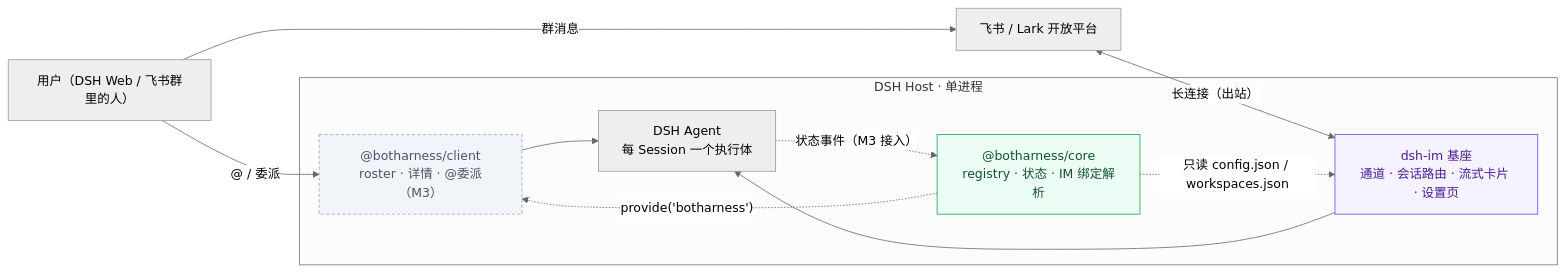
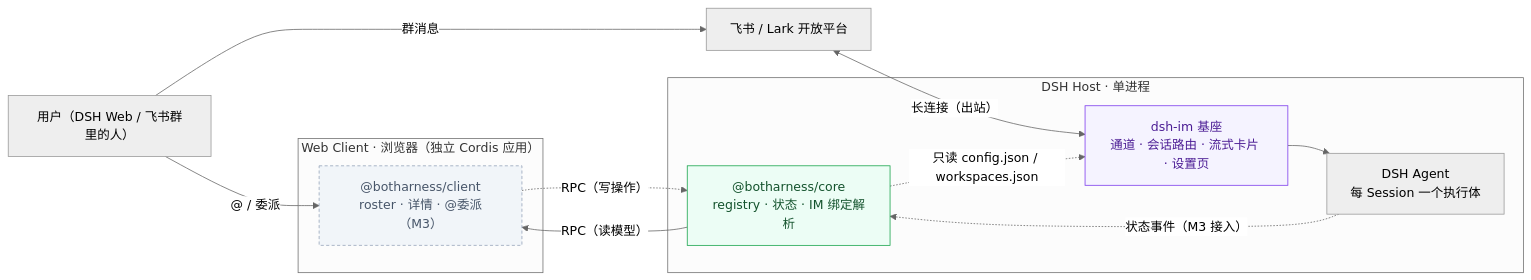
One commit to BotHarness/BotHarness changed the first of 6 diagrams in docs/architecture/botharness-architecture.md. Above: the diagram before and after it, drawn with Mermaid (neutral theme). The commit also changed other lines of this file and 39 other files, not shown here.

First line of the commit message:
feat(core)!: DSH conformance — apply(ctx, config), manifest fields; client bridge spec

````diff
--- a/docs/architecture/botharness-architecture.md
+++ b/docs/architecture/botharness-architecture.md
@@ -9,28 +9,31 @@
 ```mermaid
 flowchart LR
   User["用户（DSH Web / 飞书群里的人）"]
   Feishu["飞书 / Lark 开放平台"]
 
   subgraph Host["DSH Host · 单进程"]
     IM["dsh-im 基座<br/>通道 · 会话路由 · 流式卡片 · 设置页"]
     Core["@botharness/core<br/>registry · 状态 · IM 绑定解析"]
+    Agent["DSH Agent<br/>每 Session 一个执行体"]
+  end
+
+  subgraph Browser["Web Client · 浏览器（独立 Cordis 应用）"]
     Client["@botharness/client<br/>roster · 详情 · @委派（M3）"]
-    Agent["DSH Agent<br/>每 Session 一个执行体"]
   end
 
   User -->|"@ / 委派"| Client
   User -->|"群消息"| Feishu
   Feishu <-->|"长连接（出站）"| IM
   IM --> Agent
-  Client --> Agent
-  Core -.->|"provide('botharness')"| Client
+  Core -->|"RPC（读模型）"| Client
+  Client -.->|"RPC（写操作）"| Core
   Core -.->|"只读 config.json / workspaces.json"| IM
   Agent -.->|"状态事件（M3 接入）"| Core
 
   classDef ours fill:#ecfdf5,stroke:#16a34a,color:#14532d;
   classDef dsh fill:#f5f3ff,stroke:#7c3aed,color:#4c1d95;
   classDef later fill:#f1f5f9,stroke:#94a3b8,color:#475569,stroke-dasharray:4 3;
   class Core ours;
   class IM dsh;
   class Client later;
 ```
````
